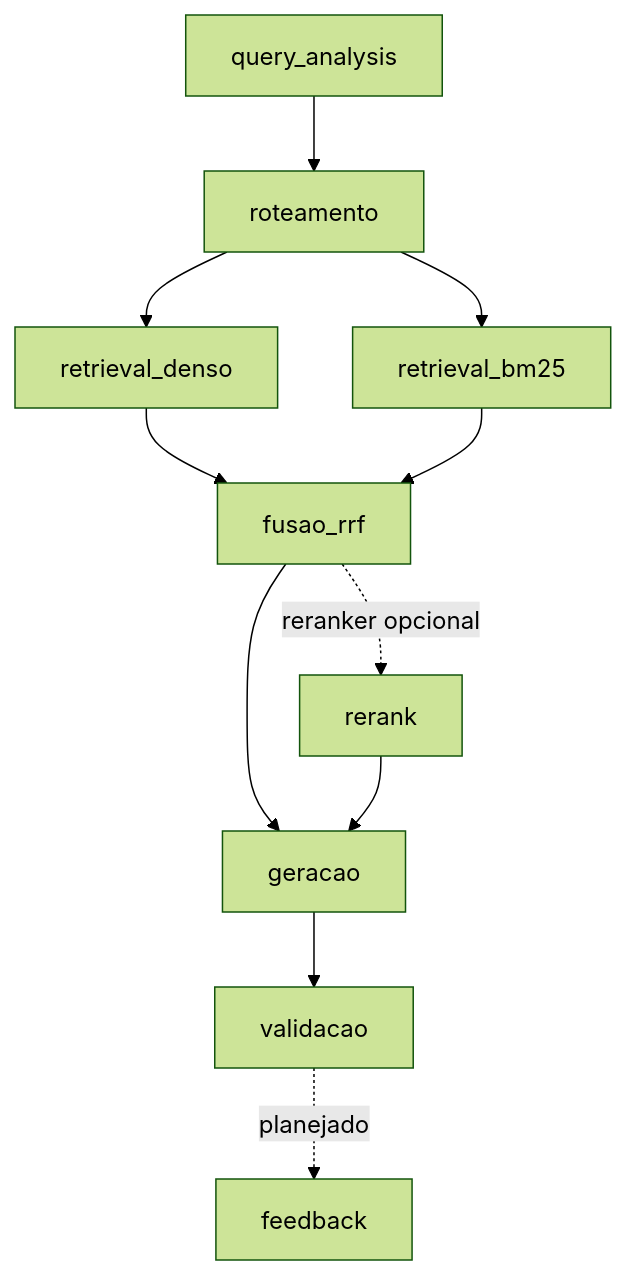
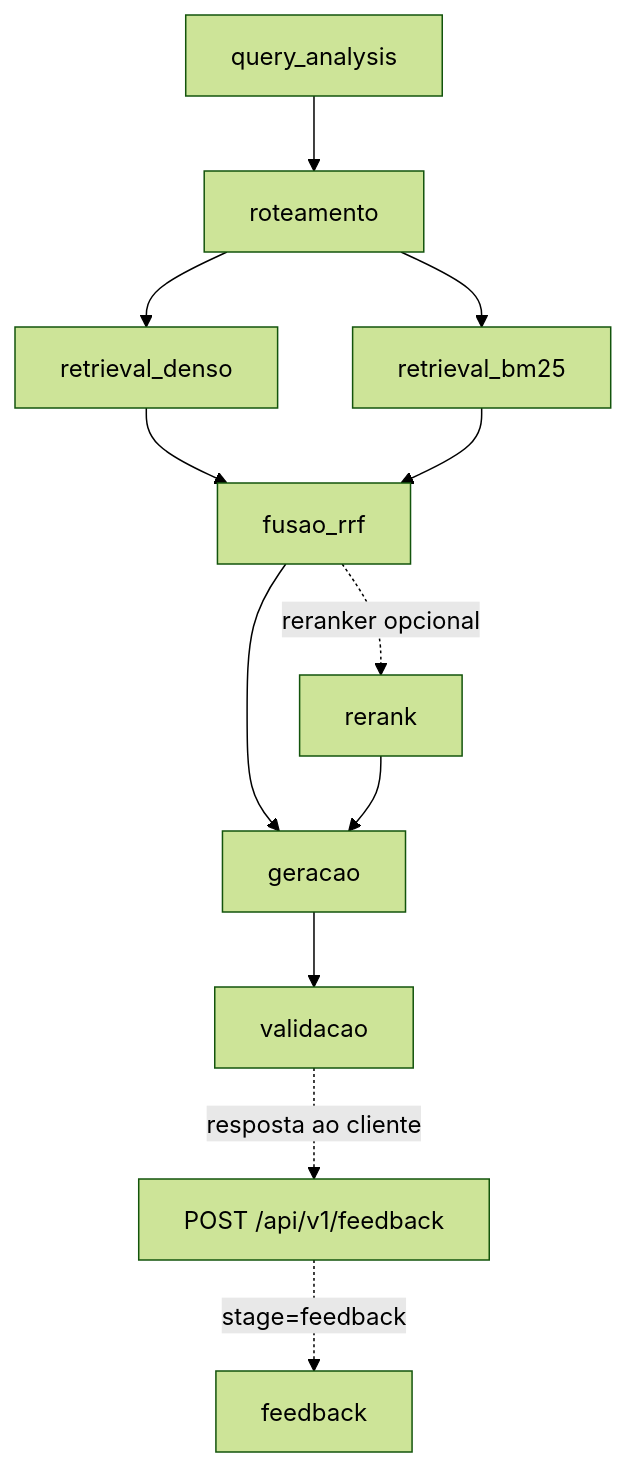
One commit to Diogooliveira10/rag-grande-desafio-grupo04-cenario01 changed the diagram in ARQUITETURA.md. Above: the diagram before and after it, drawn with Mermaid (forest theme). The commit also changed other lines of this file and 7 other files, not shown here.

````diff
--- a/ARQUITETURA.md
+++ b/ARQUITETURA.md
@@ -27,13 +27,14 @@
 ```mermaid
 flowchart TD
     A[query_analysis] --> B[roteamento]
     B --> C[retrieval_denso]
     B --> D[retrieval_bm25]
     C --> E[fusao_rrf]
     D --> E
     E -. reranker opcional .-> F[rerank]
     E --> G[geracao]
     F --> G
     G --> H[validacao]
-    H -. planejado .-> I[feedback]
+    H -. resposta ao cliente .-> J[POST /api/v1/feedback]
+    J -. stage=feedback .-> I[feedback]
 ```
````
